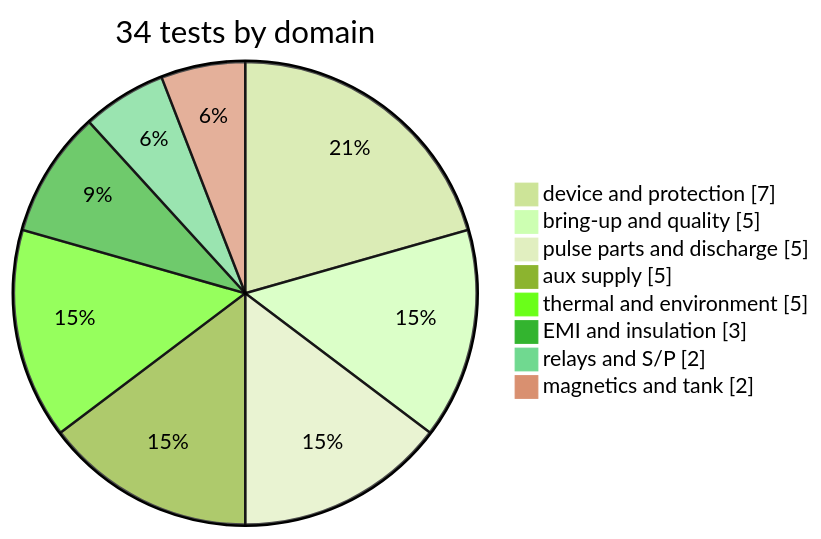
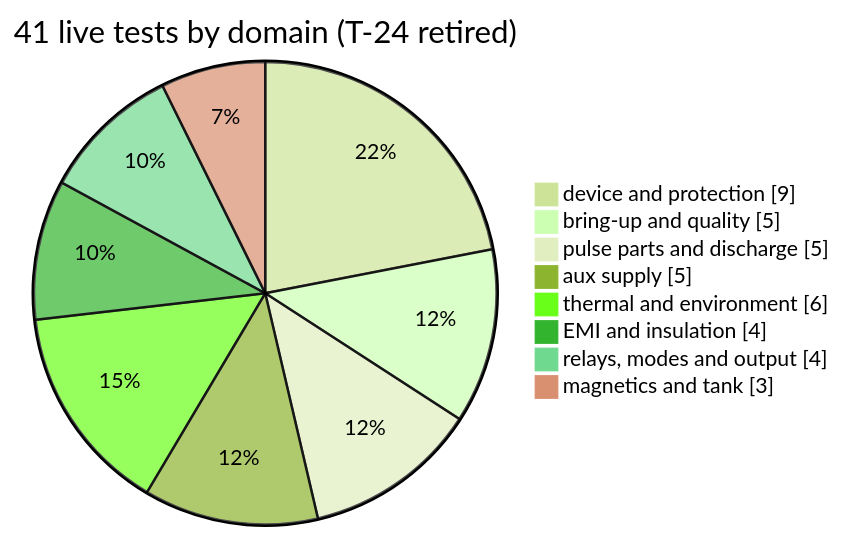
Before and after one commit to vectivolt/DC-Modules: the first of 2 diagrams in docs/evt-plan.md, drawn with Mermaid (forest theme). The commit also changed other lines of this file and 121 other files, not shown here.

````diff
--- a/docs/evt-plan.md
+++ b/docs/evt-plan.md
@@ -40,11 +40,11 @@
 ```mermaid
-pie showData title 34 tests by domain
-  "device and protection" : 7
+pie showData title 41 live tests by domain (T-24 retired)
+  "device and protection" : 9
   "bring-up and quality" : 5
   "pulse parts and discharge" : 5
   "aux supply" : 5
-  "thermal and environment" : 5
-  "EMI and insulation" : 3
-  "relays and S/P" : 2
-  "magnetics and tank" : 2
+  "thermal and environment" : 6
+  "EMI and insulation" : 4
+  "relays, modes and output" : 4
+  "magnetics and tank" : 3
 ```
````
